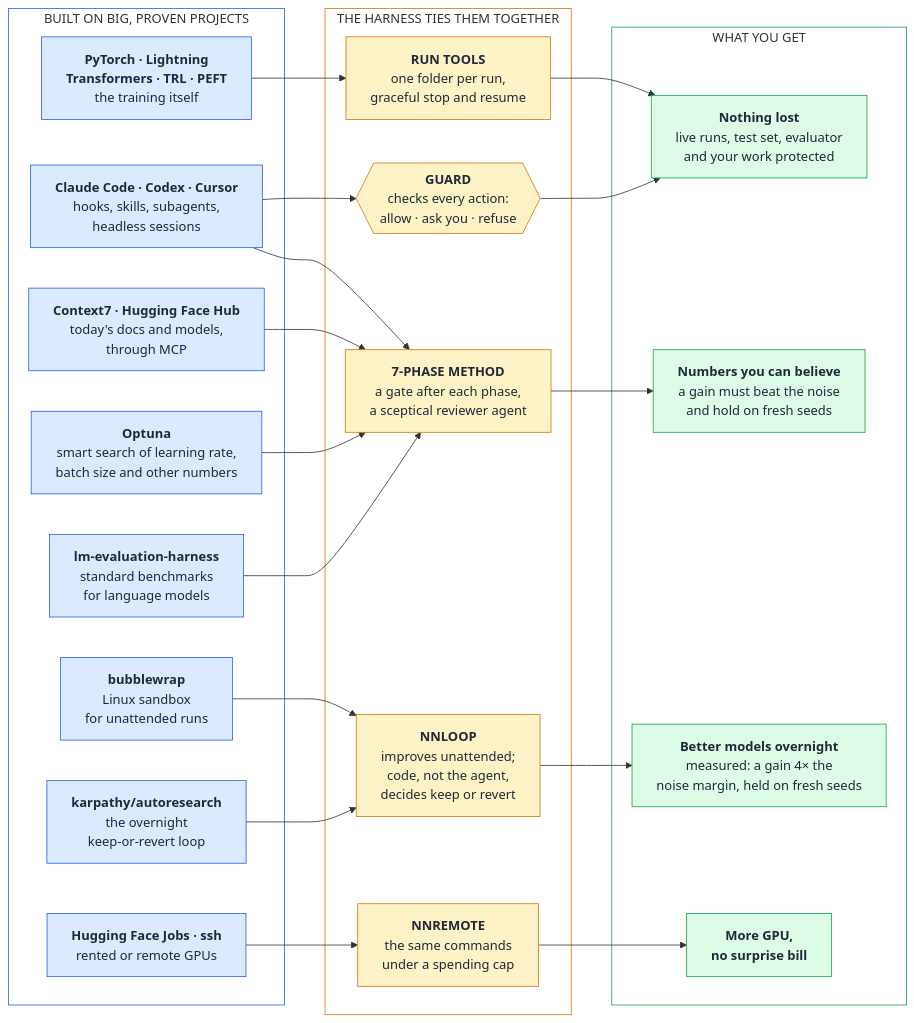
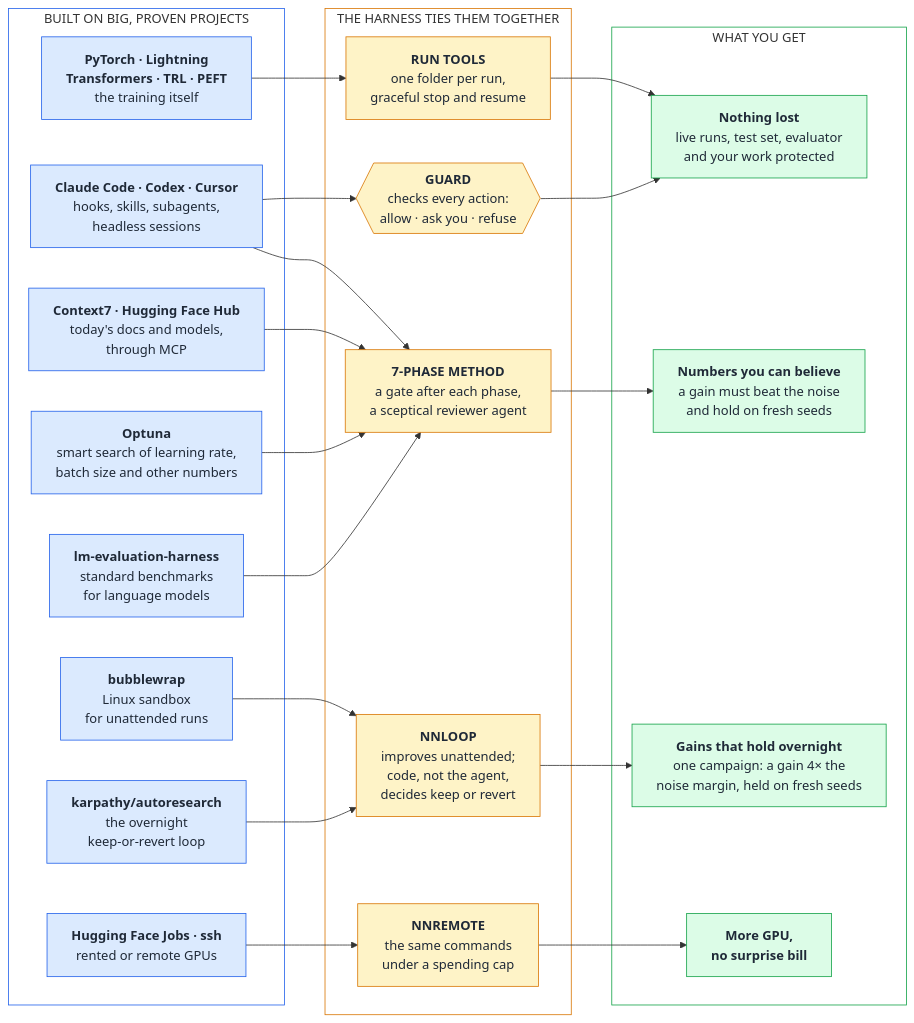
One commit to MrHashMe/nn-training-harness changed the diagram in README.md. Above: the diagram before and after it, drawn with Mermaid. The commit also changed 3 other files, not shown here.

First line of the commit message:
The front page and the banner say that the overnight gain is one campaign

````diff
--- a/README.md
+++ b/README.md
@@ -16,50 +16,50 @@
 ```mermaid
 %%{init: {"flowchart": {"wrappingWidth": 400}}}%%
 flowchart LR
     subgraph BIG["BUILT ON BIG, PROVEN PROJECTS"]
         hf["<b>PyTorch · Lightning<br/>Transformers · TRL · PEFT</b><br/>the training itself"]
         agents["<b>Claude Code · Codex · Cursor</b><br/>hooks, skills, subagents,<br/>headless sessions"]
         c7["<b>Context7 · Hugging Face Hub</b><br/>today's docs and models,<br/>through MCP"]
         opt["<b>Optuna</b><br/>smart search of learning rate,<br/>batch size and other numbers"]
         lme["<b>lm-evaluation-harness</b><br/>standard benchmarks<br/>for language models"]
         bw["<b>bubblewrap</b><br/>Linux sandbox<br/>for unattended runs"]
         ar["<b>karpathy/autoresearch</b><br/>the overnight<br/>keep-or-revert loop"]
         jobs["<b>Hugging Face Jobs · ssh</b><br/>rented or remote GPUs"]
     end
     subgraph KIT["THE HARNESS TIES THEM TOGETHER"]
         tools["<b>RUN TOOLS</b><br/>one folder per run,<br/>graceful stop and resume"]
         guard{{"<b>GUARD</b><br/>checks every action:<br/>allow · ask you · refuse"}}
         method["<b>7-PHASE METHOD</b><br/>a gate after each phase,<br/>a sceptical reviewer agent"]
         loop["<b>NNLOOP</b><br/>improves unattended;<br/>code, not the agent,<br/>decides keep or revert"]
         remote["<b>NNREMOTE</b><br/>the same commands<br/>under a spending cap"]
     end
     subgraph WIN["WHAT YOU GET"]
         safe["<b>Nothing lost</b><br/>live runs, test set, evaluator<br/>and your work protected"]
         trust["<b>Numbers you can believe</b><br/>a gain must beat the noise<br/>and hold on fresh seeds"]
-        night["<b>Better models overnight</b><br/>measured: a gain 4× the<br/>noise margin, held on fresh seeds"]
+        night["<b>Gains that hold overnight</b><br/>one campaign: a gain 4× the<br/>noise margin, held on fresh seeds"]
         gpu["<b>More GPU,<br/>no surprise bill</b>"]
     end
     hf --> tools
     agents --> guard
     agents --> method
     c7 --> method
     opt --> method
     lme --> method
     bw --> loop
     ar --> loop
     jobs --> remote
     tools --> safe
     guard --> safe
     method --> trust
     loop --> night
     remote --> gpu
     classDef src fill:#dbeafe,stroke:#2563eb,color:#1f2937
     classDef kit fill:#fef3c7,stroke:#d97706,color:#1f2937
     classDef win fill:#dcfce7,stroke:#16a34a,color:#1f2937
     class agents,ar,opt,hf,lme,c7,jobs,bw src
     class guard,method,tools,loop,remote kit
     class trust,safe,night,gpu win
     style BIG fill:transparent,stroke:#2563eb
     style KIT fill:transparent,stroke:#d97706
     style WIN fill:transparent,stroke:#16a34a
 ```
````
